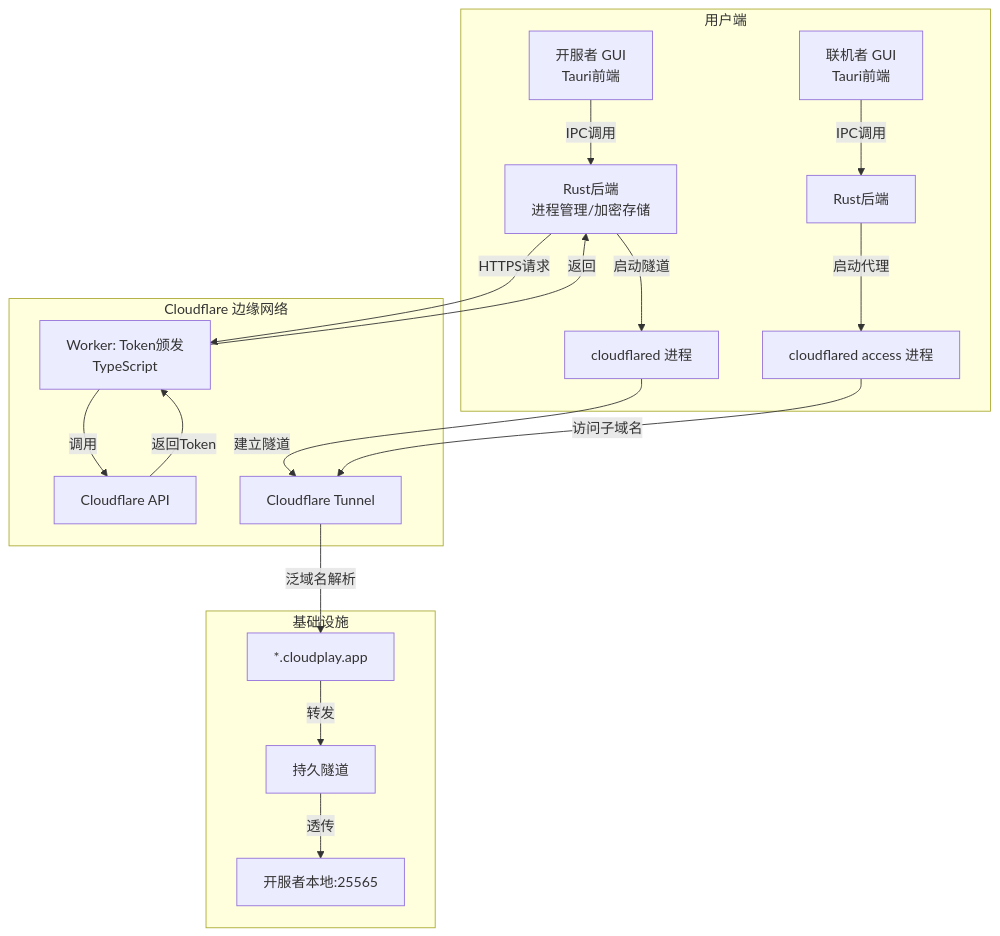
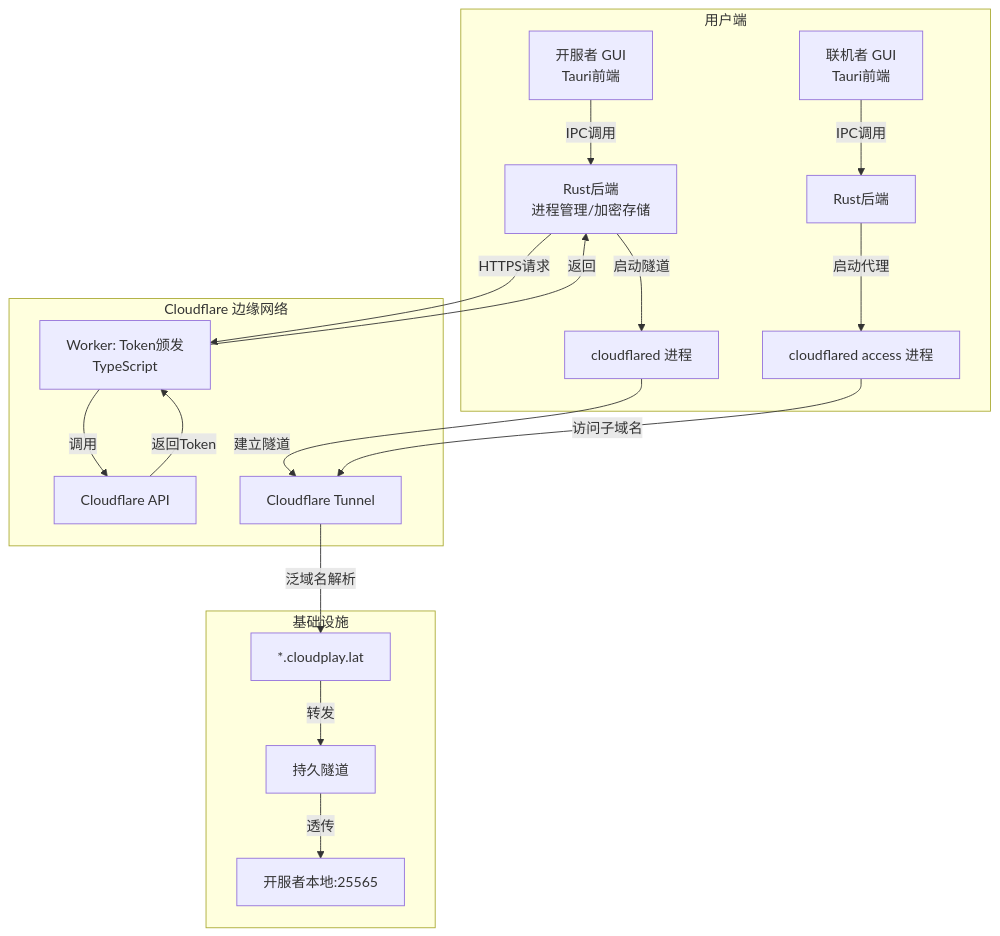
One commit to LemonStudio-hub/cloudplay changed the diagram in plan.md. Above: the diagram before and after it, drawn with Mermaid. The commit also changed other lines of this file and 20 other files, not shown here.

First line of the commit message:
chore: update domain from cloudplay.app to cloudplay.lat

````diff
--- a/plan.md
+++ b/plan.md
@@ -34,24 +34,24 @@
 ```mermaid
 graph TD
     subgraph 用户端
         A[开服者 GUI<br/>Tauri前端] -->|IPC调用| B[Rust后端<br/>进程管理/加密存储]
         B -->|启动隧道| C[cloudflared 进程]
         E[联机者 GUI<br/>Tauri前端] -->|IPC调用| F[Rust后端]
         F -->|启动代理| G[cloudflared access 进程]
     end
 
     subgraph Cloudflare 边缘网络
         B -->|HTTPS请求| H[Worker: Token颁发<br/>TypeScript]
         H -->|调用| I[Cloudflare API]
         I -->|返回Token| H
         H -->|返回| B
         C -->|建立隧道| J[Cloudflare Tunnel]
         G -->|访问子域名| J
     end
 
     subgraph 基础设施
-        J -->|泛域名解析| K[*.cloudplay.app]
+        J -->|泛域名解析| K[*.cloudplay.lat]
         K -->|转发| L[持久隧道]
         L -->|透传| M[开服者本地:25565]
     end
 ```
````
